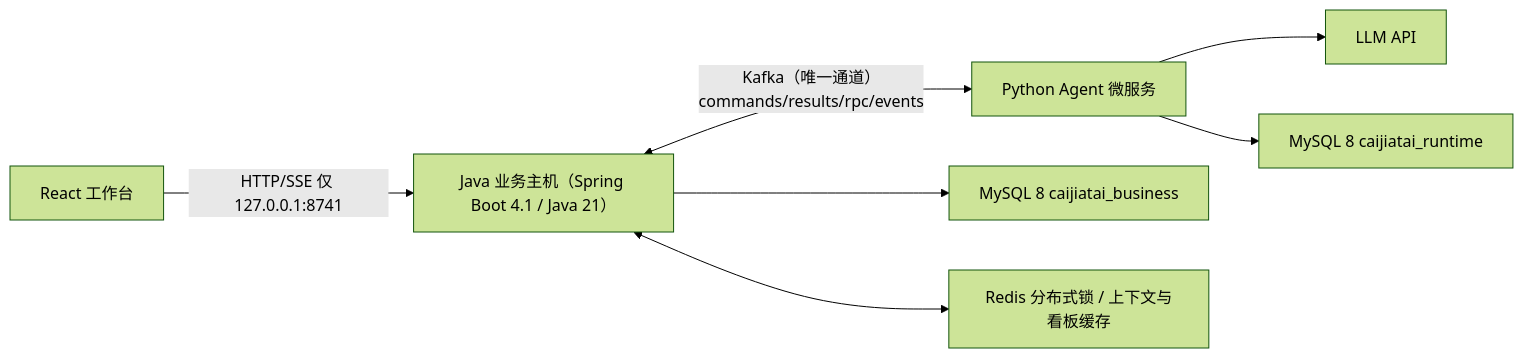
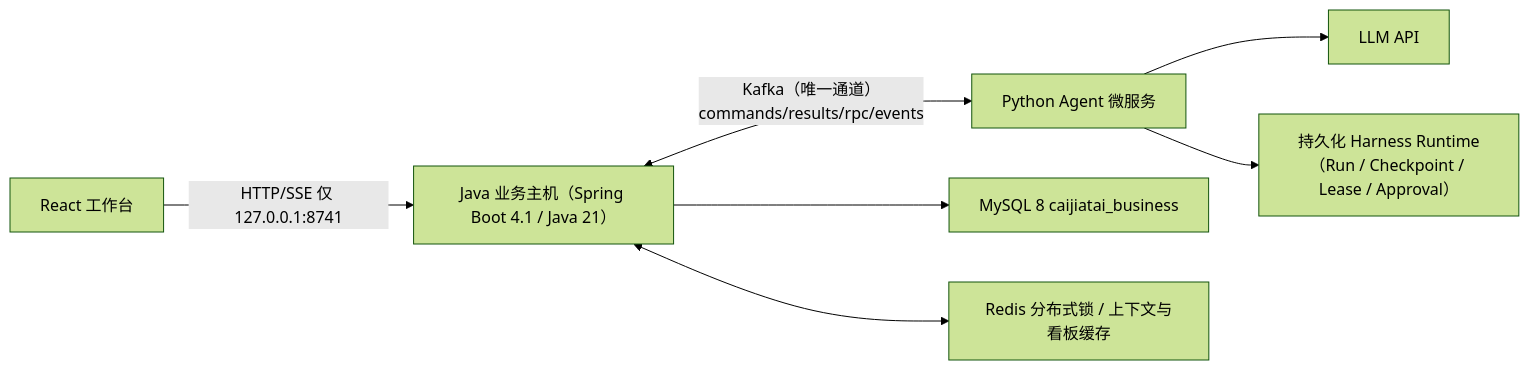
The second of 2 diagrams in README.md (zxl666ab-sketch/agentharness), drawn with Mermaid (forest theme) before and after one commit. The commit also changed other lines of this file and 37 other files, not shown here.

````diff
--- a/README.md
+++ b/README.md
@@ -58,9 +58,9 @@
 ```mermaid
 flowchart LR
     Browser["React 工作台"] -->|"HTTP/SSE 仅 127.0.0.1:8741"| Java["Java 业务主机（Spring Boot 4.1 / Java 21）"]
     Java <-->|"Kafka（唯一通道）commands/results/rpc/events"| Agent["Python Agent 微服务"]
     Agent --> Provider["LLM API"]
     Java --> MySQL["MySQL 8 caijiatai_business"]
-    Agent --> RuntimeDB["MySQL 8 caijiatai_runtime"]
+    Agent --> RuntimeStore["持久化 Harness Runtime（Run / Checkpoint / Lease / Approval）"]
     Java <--> Redis["Redis 分布式锁 / 上下文与看板缓存"]
 ```
````
